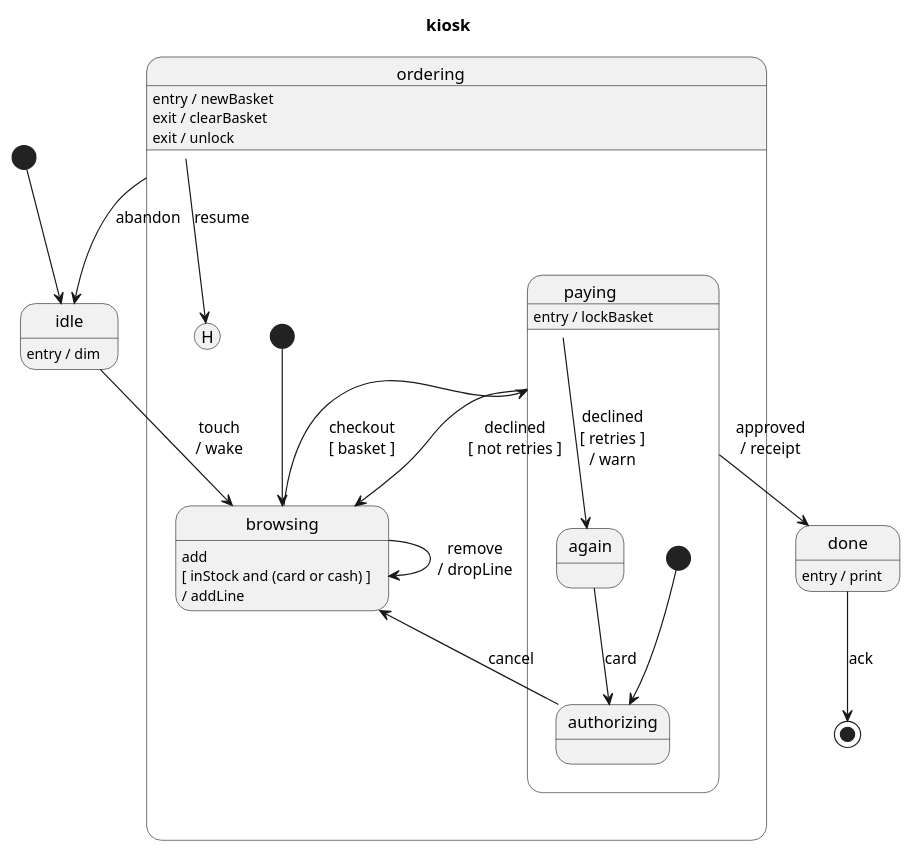
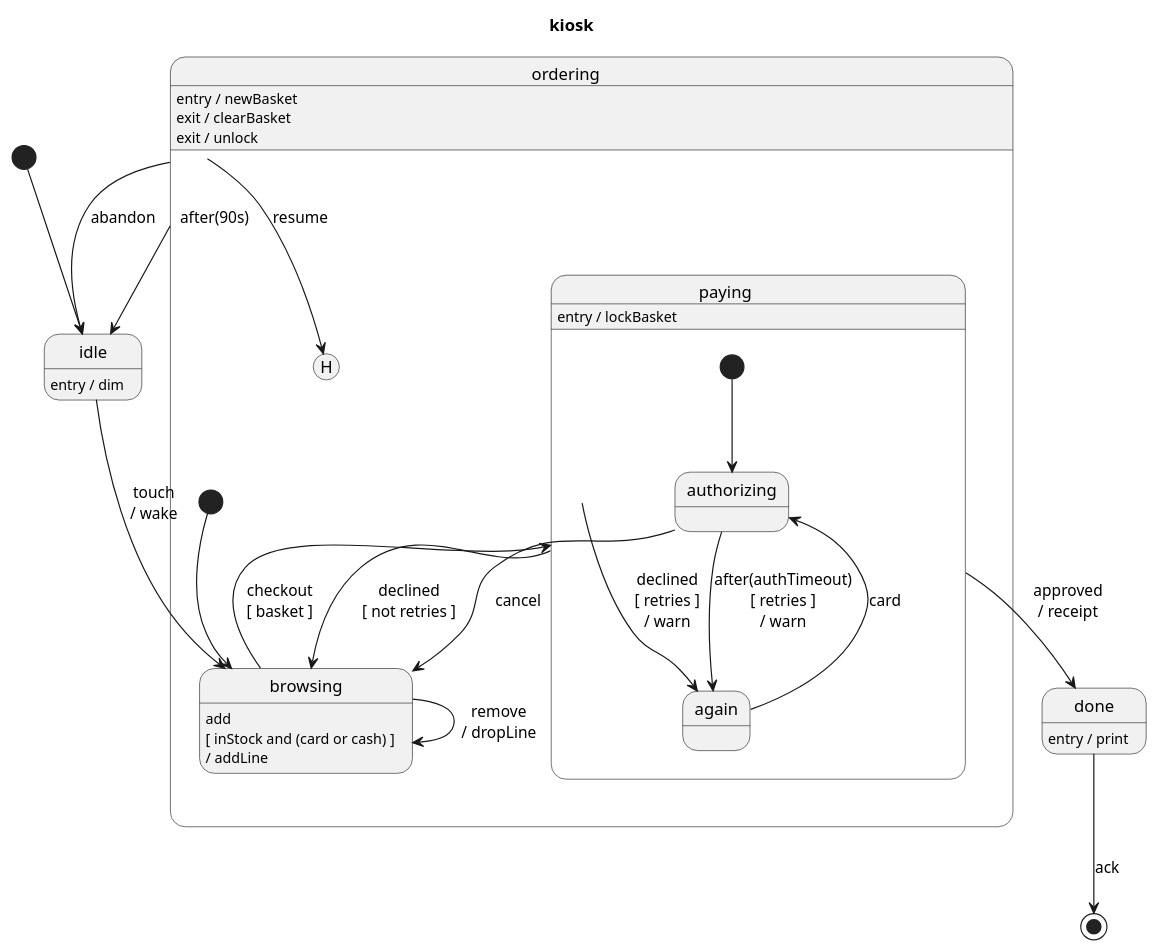
The diagram in example/kiosk.puml (vincedupuis/transplantUML), drawn with PlantUML before and after one commit. The commit also changed 15 other files, not shown here.

```diff
--- a/example/kiosk.puml
+++ b/example/kiosk.puml
@@ -1,35 +1,37 @@
 @startuml
 title kiosk
 [*] --> idle
 state idle
 idle : entry / dim
 state ordering {
     [*] --> browsing
     state browsing
     state paying {
         [*] --> authorizing
         state authorizing
         state again
+        authorizing --> again: after(authTimeout)\n[ retries ]\n/ warn
         again --> authorizing: card
     }
     paying : entry / lockBasket
     state "ordering.H" as ordering_H <<history>>
     browsing : add\n[ inStock and (card or cash) ]\n/ addLine
     browsing --> browsing: remove\n/ dropLine
     browsing --> paying: checkout\n[ basket ]
     paying --> again: declined\n[ retries ]\n/ warn
     paying --> browsing: declined\n[ not retries ]
     authorizing --> browsing: cancel
 }
 ordering : entry / newBasket
 ordering : exit / clearBasket
 ordering : exit / unlock
 state done
 done : entry / print
 state final <<end>>
 idle --> browsing: touch\n/ wake
 ordering --> idle: abandon
+ordering --> idle: after(90s)
 ordering --> ordering_H: resume
 paying --> done: approved\n/ receipt
 done --> final: ack
 @enduml
```
